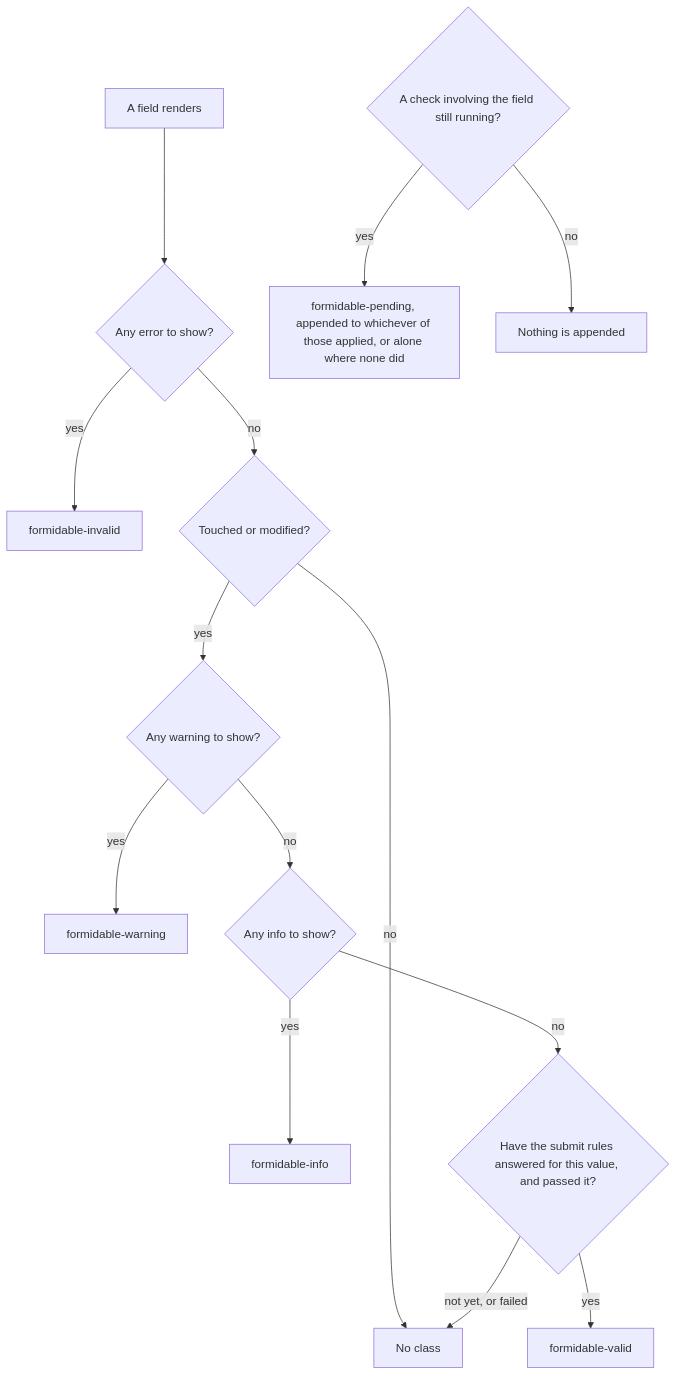
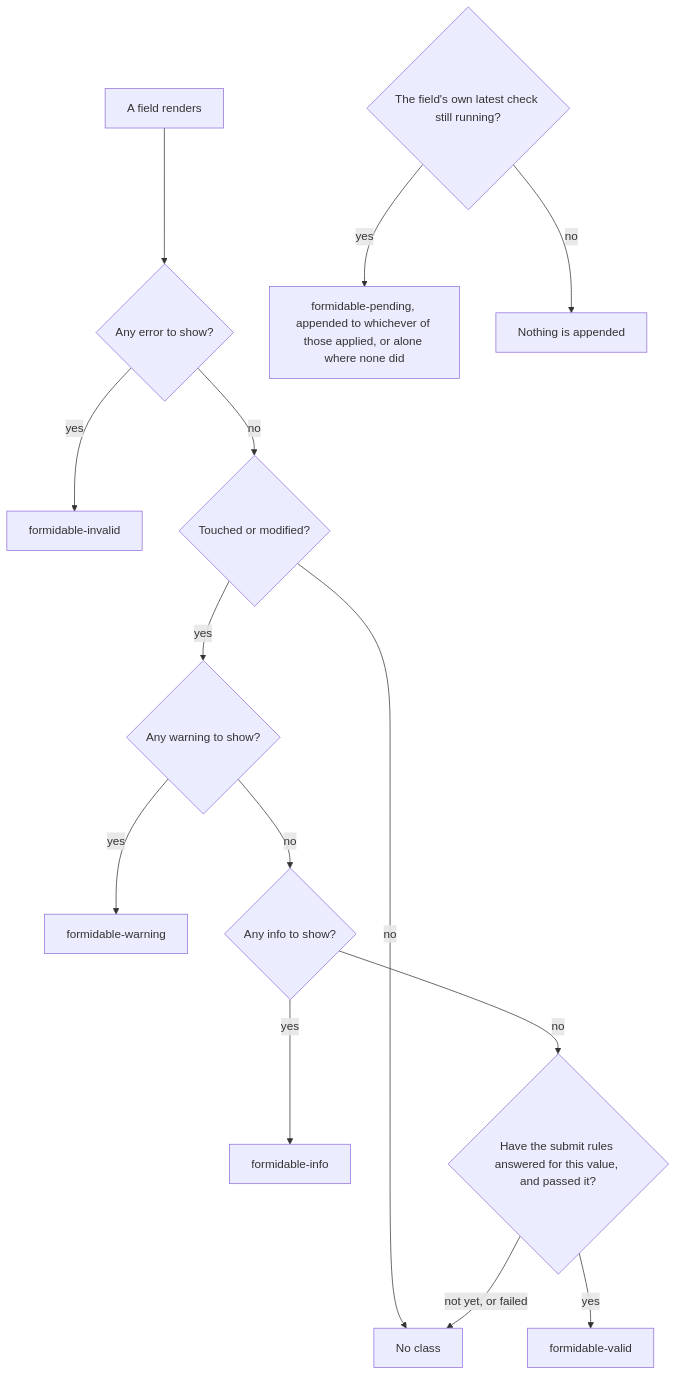
Before and after one commit to xfunc-pty-ltd/formidable: the diagram in docs/css-and-accessibility.md, drawn with Mermaid. The commit also changed other lines of this file and 12 other files, not shown here.

````diff
--- a/docs/css-and-accessibility.md
+++ b/docs/css-and-accessibility.md
@@ -54,16 +54,16 @@
 ```mermaid
 flowchart TD
     A["A field renders"] --> E{"Any error to show?"}
     E -- "yes" --> INV["formidable-invalid"]
     E -- "no" --> T{"Touched or modified?"}
     T -- "no" --> NONE["No class"]
     T -- "yes" --> W{"Any warning to show?"}
     W -- "yes" --> WARN["formidable-warning"]
     W -- "no" --> I{"Any info to show?"}
     I -- "yes" --> INFO["formidable-info"]
     I -- "no" --> S{"Have the submit rules answered for this value, and passed it?"}
     S -- "yes" --> OK["formidable-valid"]
     S -- "not yet, or failed" --> NONE
-    P{"A check involving the field still running?"} -- "yes" --> PEND["formidable-pending, appended to whichever of those applied, or alone where none did"]
+    P{"The field's own latest check still running?"} -- "yes" --> PEND["formidable-pending, appended to whichever of those applied, or alone where none did"]
     P -- "no" --> SAME["Nothing is appended"]
 ```
````
